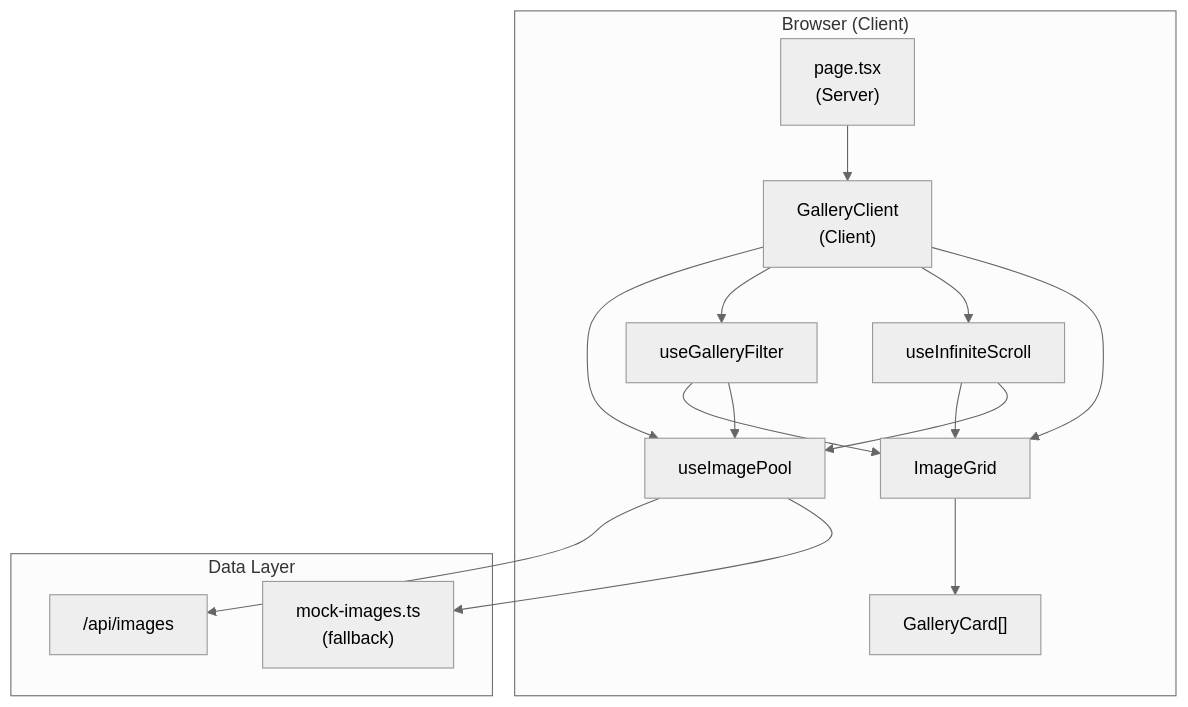
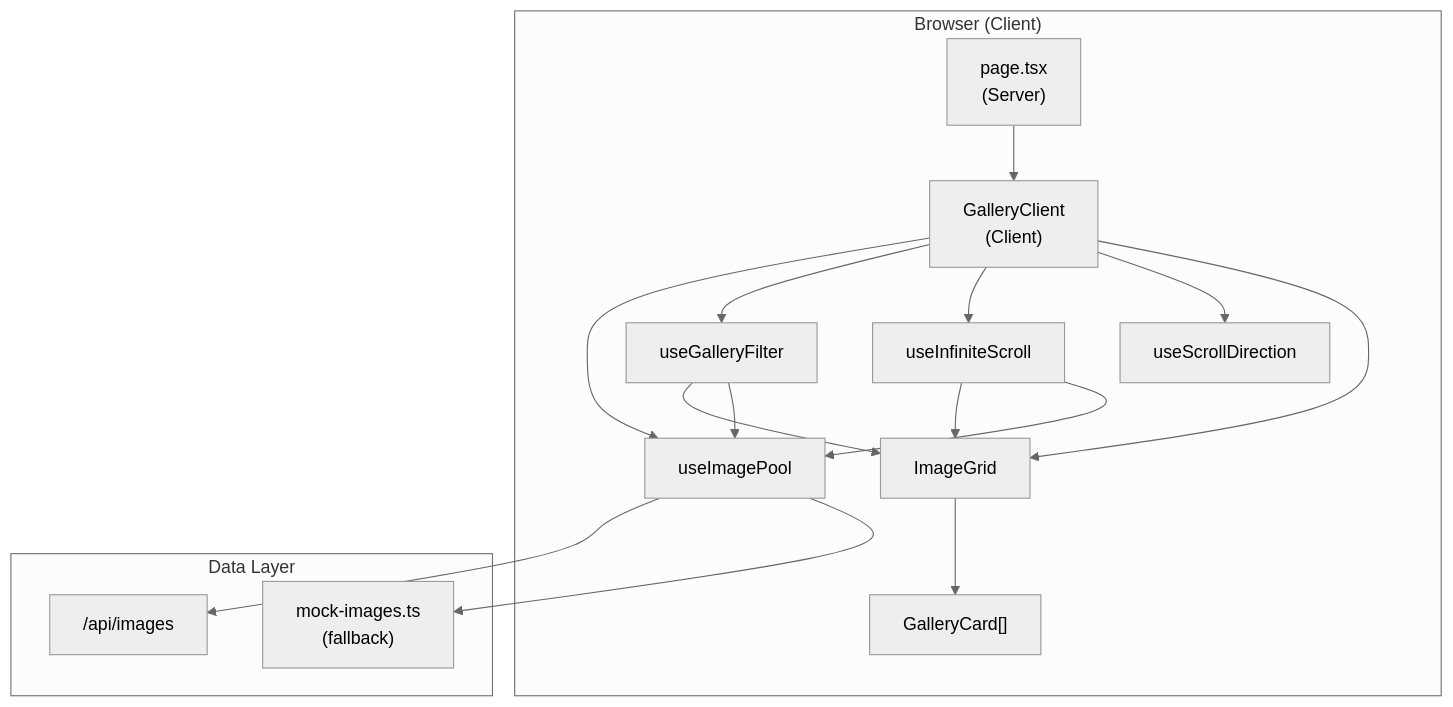
One commit to Phoebus47/diversition-test changed the diagram in docs/ARCHITECTURE.md. Above: the diagram before and after it, drawn with Mermaid (neutral theme). The commit also changed other lines of this file and 25 other files, not shown here.

First line of the commit message:
feat(gallery): add scroll-direction nav, Framer Motion, and code quality docs

````diff
--- a/docs/ARCHITECTURE.md
+++ b/docs/ARCHITECTURE.md
@@ -11,31 +11,33 @@
 ```mermaid
 flowchart TB
     subgraph Client["Browser (Client)"]
         Page["page.tsx\n(Server)"]
         Gallery["GalleryClient\n(Client)"]
         Pool["useImagePool"]
         Filter["useGalleryFilter"]
         Scroll["useInfiniteScroll"]
+        Nav["useScrollDirection"]
         Grid["ImageGrid"]
         Cards["GalleryCard[]"]
 
         Page --> Gallery
         Gallery --> Pool
         Gallery --> Filter
         Gallery --> Scroll
+        Gallery --> Nav
         Gallery --> Grid
         Grid --> Cards
         Filter --> Grid
         Scroll --> Grid
     end
 
     subgraph Data["Data Layer"]
         API["/api/images"]
         Mock["mock-images.ts\n(fallback)"]
     end
 
     Pool --> API
     Pool --> Mock
     Scroll --> Pool
     Filter --> Pool
 ```
````
